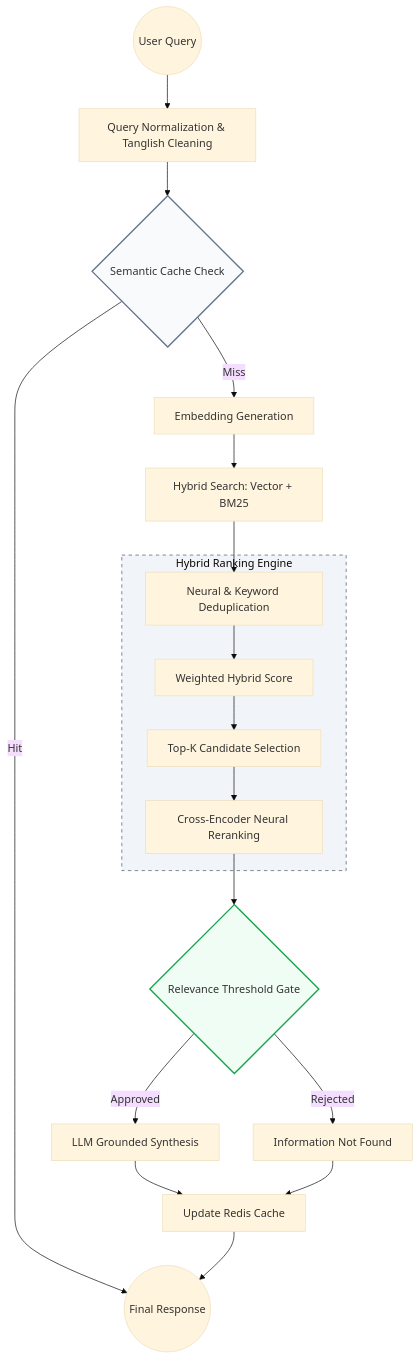
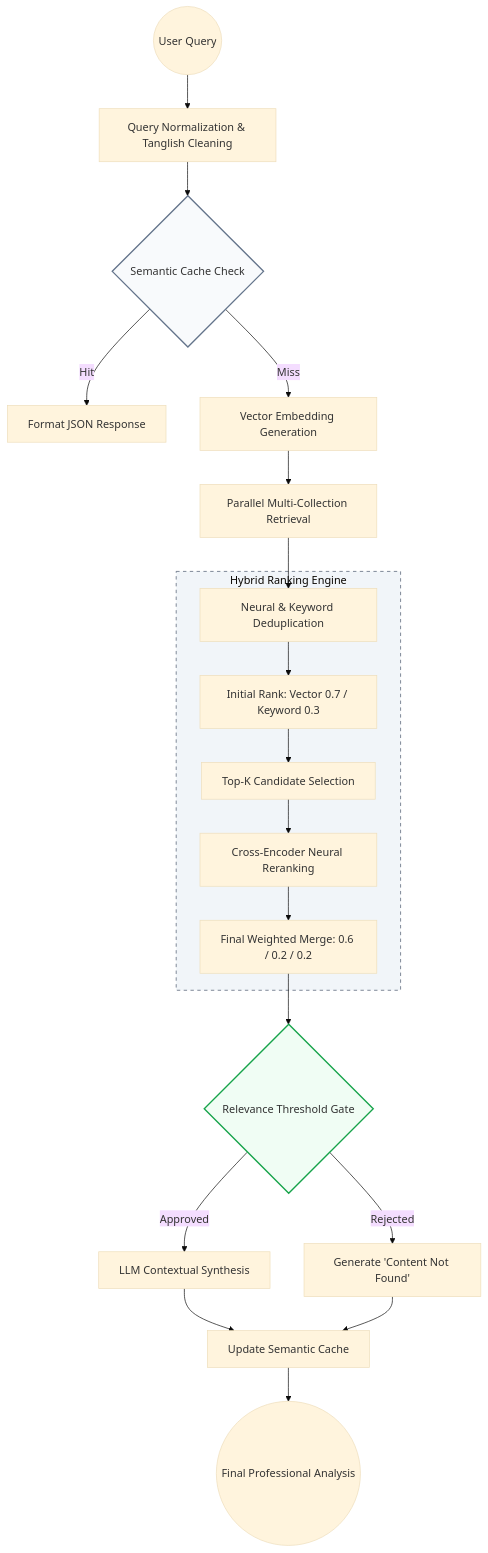
The first of 3 diagrams in README.md (nandhini9074-create/RAG-system), drawn with Mermaid (base theme) before and after one commit. The commit also changed other lines of this file, not shown here.

````diff
--- a/README.md
+++ b/README.md
@@ -76,35 +58,36 @@
 ```mermaid
 graph TD
     %% Entry
     Input((User Query)) --> PreProc[Query Normalization & Tanglish Cleaning]
     
-    %% Semantic Cache
+    %% Semantic Layer
     PreProc --> Cache{Semantic Cache Check}
-    Cache -- Hit --> Output((Final Response))
+    Cache -- Hit --> Format[Format JSON Response]
     
-    %% Retrieval
-    Cache -- Miss --> VectorGen[Embedding Generation]
-    VectorGen --> ParallelSearch[Hybrid Search: Vector + BM25]
+    %% Retrieval Layer
+    Cache -- Miss --> VectorGen[Vector Embedding Generation]
+    VectorGen --> ParallelSearch[Parallel Multi-Collection Retrieval]
     ParallelSearch --> Dedup[Neural & Keyword Deduplication]
     
-    %% Scoring
-    subgraph Hybrid_Ranking_Engine [Hybrid Ranking Engine]
-        Dedup --> InitialRank[Weighted Hybrid Score]
+    %% Scoring Strategy
+    subgraph Hybrid_Scoring_Engine [Hybrid Ranking Engine]
+        Dedup --> InitialRank[Initial Rank: Vector 0.7 / Keyword 0.3]
         InitialRank --> Selection[Top-K Candidate Selection]
         Selection --> CrossRank[Cross-Encoder Neural Reranking]
+        CrossRank --> FinalWeight[Final Weighted Merge: 0.6 / 0.2 / 0.2]
     end
     
-    %% Generation
-    CrossRank --> RelGate{Relevance Threshold Gate}
-    RelGate -- Rejected --> NullState[Information Not Found]
-    RelGate -- Approved --> ContextSynth[LLM Grounded Synthesis]
+    %% Quality Control
+    FinalWeight --> RelGate{Relevance Threshold Gate}
+    RelGate -- Rejected --> NullState[Generate 'Content Not Found']
+    RelGate -- Approved --> ContextSynth[LLM Contextual Synthesis]
     
     %% Exit
-    ContextSynth --> UpdateCache[Update Redis Cache]
+    ContextSynth --> UpdateCache[Update Semantic Cache]
     NullState --> UpdateCache
-    UpdateCache --> Output
+    UpdateCache --> Output((Final Professional Analysis))
 
     style Cache fill:#f8fafc,stroke:#64748b,stroke-width:2px
     style RelGate fill:#f0fdf4,stroke:#16a34a,stroke-width:2px
-    style Hybrid_Ranking_Engine fill:#f1f5f9,stroke:#475569,stroke-dasharray: 5 5
+    style Hybrid_Scoring_Engine fill:#f1f5f9,stroke:#475569,stroke-dasharray: 5 5
 ```
````
